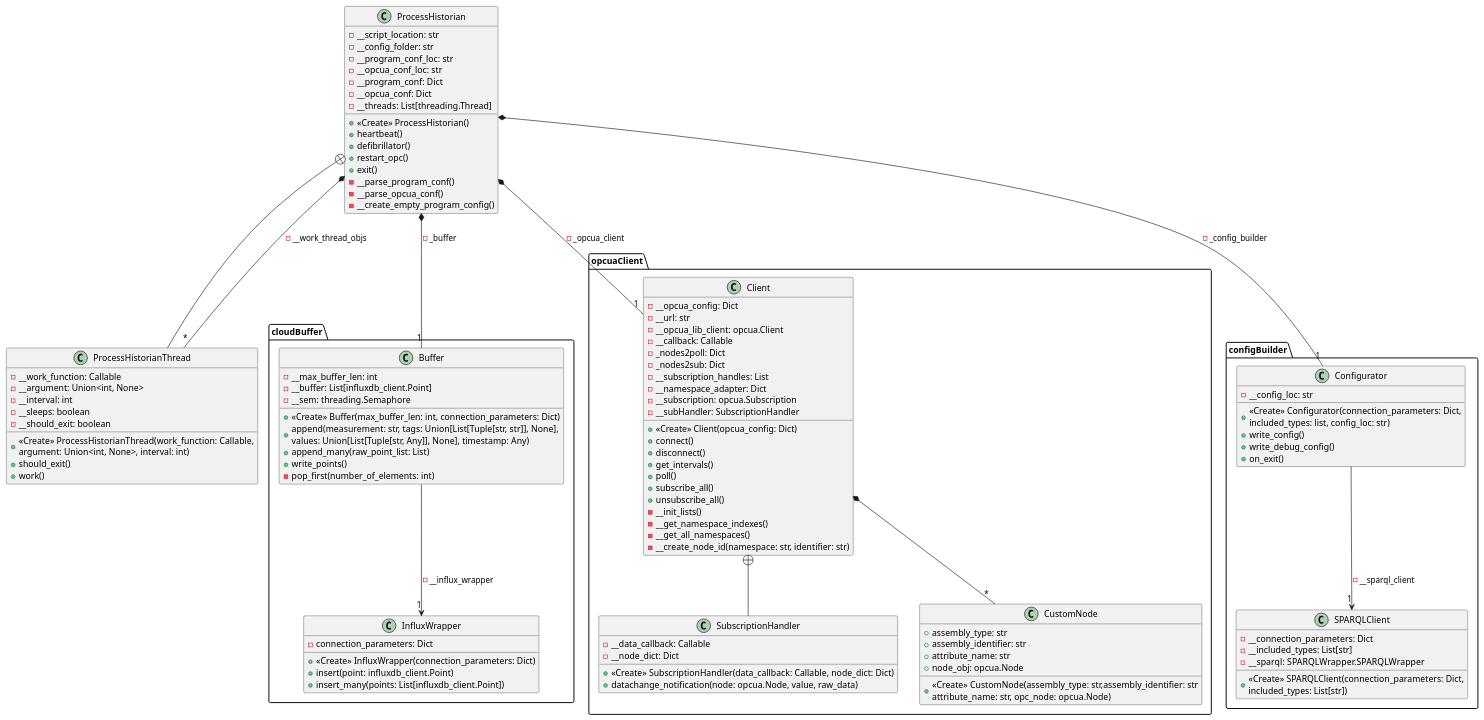
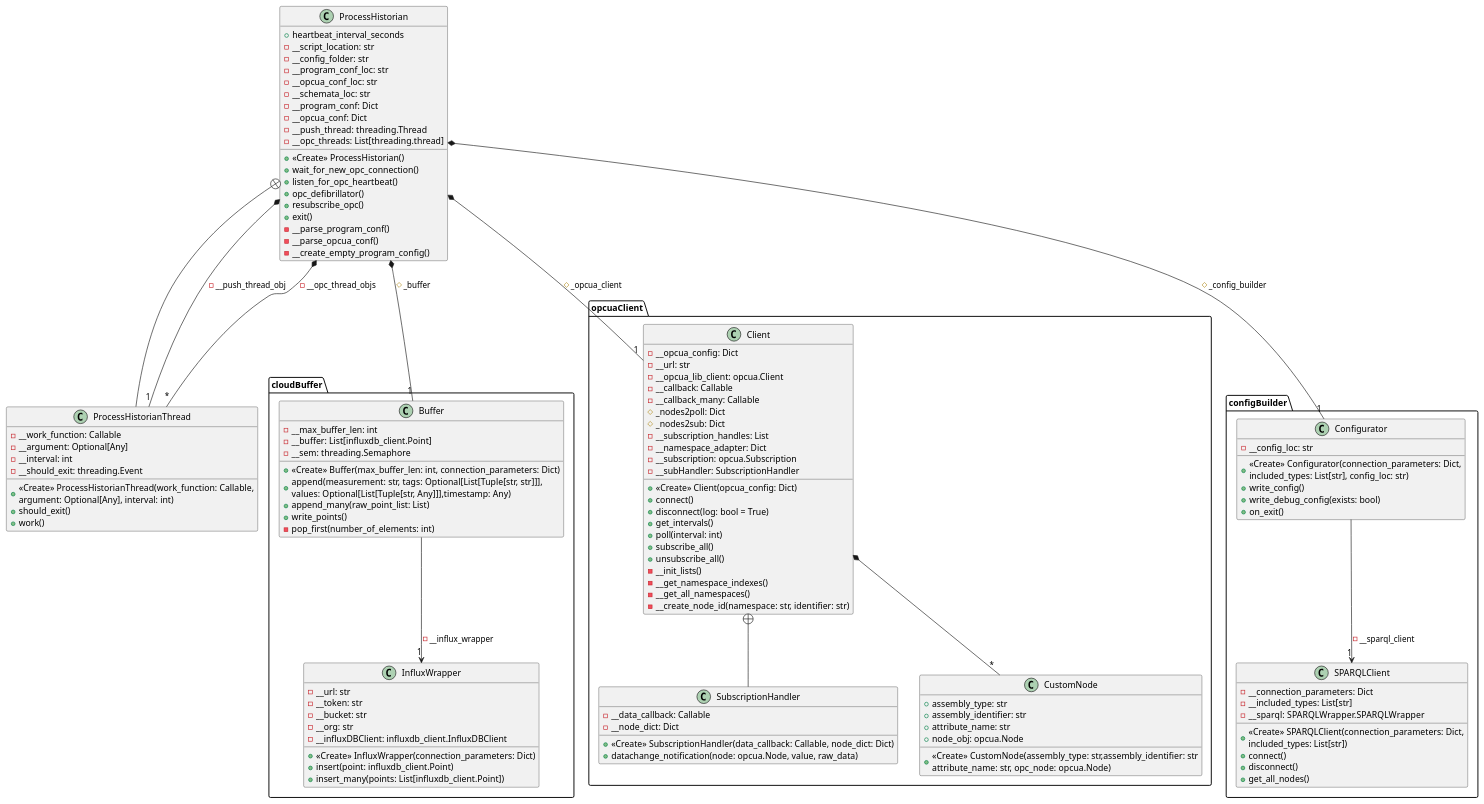
One commit to Praktikum-PvAS/process-historian changed the diagram in documentation/architecture/class_diagram.pu. Above: the diagram before and after it, drawn with PlantUML.

Commit message:
Update class diagram

```diff
--- a/documentation/architecture/class_diagram.pu
+++ b/documentation/architecture/class_diagram.pu
@@ -1,110 +1,122 @@
 @startuml "Process Historian"
 
 class cloudBuffer.Buffer {
     - __max_buffer_len: int
     - __buffer: List[influxdb_client.Point]
     - __sem: threading.Semaphore
     + <<Create>> Buffer(max_buffer_len: int, connection_parameters: Dict)
-    + append(measurement: str, tags: Union[List[Tuple[str, str]], None],\nvalues: Union[List[Tuple[str, Any]], None], timestamp: Any)
+    + append(measurement: str, tags: Optional[List[Tuple[str, str]]],\nvalues: Optional[List[Tuple[str, Any]]],timestamp: Any)
     + append_many(raw_point_list: List)
     + write_points()
     - pop_first(number_of_elements: int)
 }
 class cloudBuffer.InfluxWrapper{
-    - connection_parameters: Dict
+    - __url: str
+    - __token: str
+    - __bucket: str
+    - __org: str
+    - __influxDBClient: influxdb_client.InfluxDBClient
     + <<Create>> InfluxWrapper(connection_parameters: Dict)
     + insert(point: influxdb_client.Point)
     + insert_many(points: List[influxdb_client.Point])
 }
 cloudBuffer.Buffer --> "1" cloudBuffer.InfluxWrapper : - __influx_wrapper
 
 class opcuaClient.Client {
     - __opcua_config: Dict
     - __url: str
     - __opcua_lib_client: opcua.Client
     - __callback: Callable
-    - _nodes2poll: Dict
-    - _nodes2sub: Dict
+    - __callback_many: Callable
+    # _nodes2poll: Dict
+    # _nodes2sub: Dict
     - __subscription_handles: List
     - __namespace_adapter: Dict
     - __subscription: opcua.Subscription
     - __subHandler: SubscriptionHandler
     +<<Create>> Client(opcua_config: Dict)
     + connect()
-    + disconnect()
+    + disconnect(log: bool = True)
     + get_intervals()
-    + poll()
+    + poll(interval: int)
     + subscribe_all()
     + unsubscribe_all()
     - __init_lists()
     - __get_namespace_indexes()
     - __get_all_namespaces()
     - __create_node_id(namespace: str, identifier: str)
 }
 class opcuaClient.SubscriptionHandler {
     - __data_callback: Callable
     - __node_dict: Dict
     + <<Create>> SubscriptionHandler(data_callback: Callable, node_dict: Dict)
     + datachange_notification(node: opcua.Node, value, raw_data)
 }
 class opcuaClient.CustomNode {
     + assembly_type: str
     + assembly_identifier: str
     + attribute_name: str
     + node_obj: opcua.Node
     + <<Create>> CustomNode(assembly_type: str,assembly_identifier: str\nattribute_name: str, opc_node: opcua.Node)
 }
 opcuaClient.Client +-- opcuaClient.SubscriptionHandler
 opcuaClient.Client *-- "*" opcuaClient.CustomNode
 
 
 class configBuilder.Configurator {
     - __config_loc: str
-    + <<Create>> Configurator(connection_parameters: Dict,\nincluded_types: list, config_loc: str)
+    + <<Create>> Configurator(connection_parameters: Dict,\nincluded_types: List[str], config_loc: str)
     + write_config()
-    + write_debug_config()
+    + write_debug_config(exists: bool)
     + on_exit()
 }
 class configBuilder.SPARQLClient{
     - __connection_parameters: Dict
     - __included_types: List[str]
     - __sparql: SPARQLWrapper.SPARQLWrapper
     + <<Create>> SPARQLClient(connection_parameters: Dict,\nincluded_types: List[str])
+    + connect()
+    + disconnect()
+    + get_all_nodes()
 }
 configBuilder.Configurator --> "1" configBuilder.SPARQLClient: - __sparql_client
 
 class ProcessHistorian {
+    + heartbeat_interval_seconds
     - __script_location: str
     - __config_folder: str
     - __program_conf_loc: str
     - __opcua_conf_loc: str
+    - __schemata_loc: str
     - __program_conf: Dict
     - __opcua_conf: Dict
-    - __threads: List[threading.Thread]
+    - __push_thread: threading.Thread
+    - __opc_threads: List[threading.thread]
     + <<Create>> ProcessHistorian()
-    + heartbeat()
-    + defibrillator()
-    + restart_opc()
+    + wait_for_new_opc_connection()
+    + listen_for_opc_heartbeat()
+    + opc_defibrillator()
+    + resubscribe_opc()
     + exit()
     - __parse_program_conf()
     - __parse_opcua_conf()
     - __create_empty_program_config()
 }
-ProcessHistorian *-- "1" cloudBuffer.Buffer: - _buffer
-ProcessHistorian *-- "1" opcuaClient.Client: - _opcua_client
-ProcessHistorian *-- "1" configBuilder.Configurator: -_config_builder
+ProcessHistorian *-- "1" cloudBuffer.Buffer: # _buffer
+ProcessHistorian *-- "1" opcuaClient.Client: # _opcua_client
+ProcessHistorian *-- "1" configBuilder.Configurator: # _config_builder
 ProcessHistorian +-- ProcessHistorianThread
-ProcessHistorian *-- "*" ProcessHistorianThread: - __work_thread_objs
+ProcessHistorian *-- "1" ProcessHistorianThread: - __push_thread_obj
+ProcessHistorian *-- "*" ProcessHistorianThread: - __opc_thread_objs
 
 class ProcessHistorianThread {
     - __work_function: Callable
-    - __argument: Union<int, None>
+    - __argument: Optional[Any]
     - __interval: int
-    - __sleeps: boolean
-    - __should_exit: boolean
-    + <<Create>> ProcessHistorianThread(work_function: Callable,\nargument: Union<int, None>, interval: int)
+    - __should_exit: threading.Event
+    + <<Create>> ProcessHistorianThread(work_function: Callable,\nargument: Optional[Any], interval: int)
     + should_exit()
     + work()
 }
 
 @enduml
```
